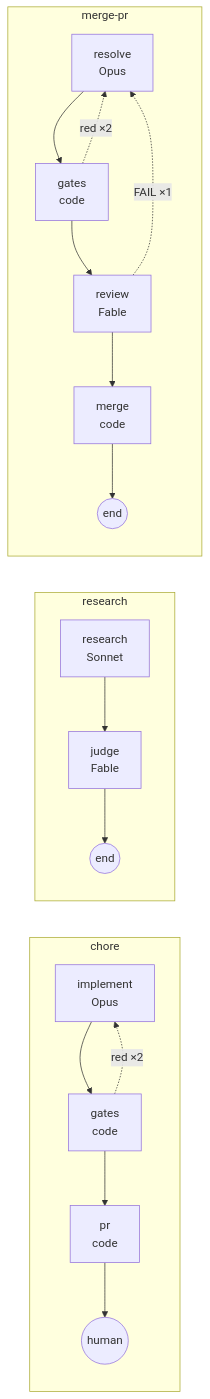
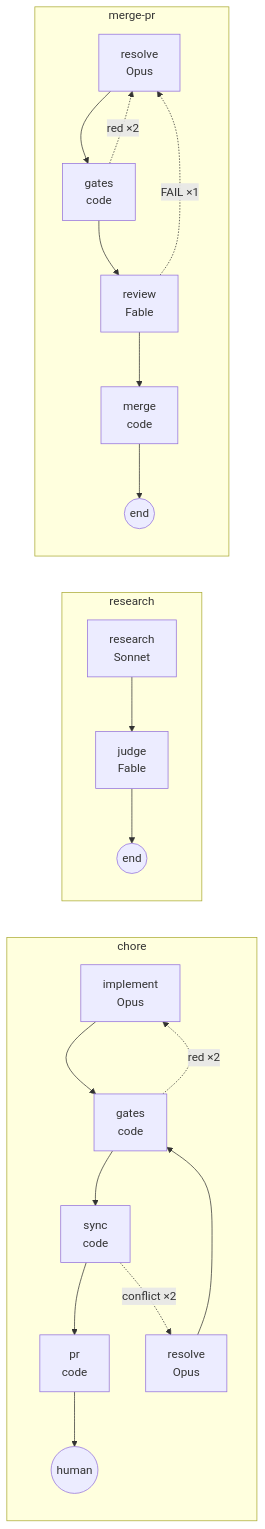
The third of 4 diagrams in website/content/en/guides/workflows.md (akkijp-oss/aifactory), drawn with Mermaid before and after one commit. The commit also changed other lines of this file and 28 other files, not shown here.

````diff
--- a/website/content/en/guides/workflows.md
+++ b/website/content/en/guides/workflows.md
@@ -36,15 +38,16 @@
 ```mermaid
 flowchart LR
   subgraph chore
-    ic[implement<br>Opus] --> gc[gates<br>code] --> pc[pr<br>code] --> hc((human))
+    ic[implement<br>Opus] --> gc[gates<br>code] --> sc[sync<br>code] --> pc[pr<br>code] --> hc((human))
     gc -. red ×2 .-> ic
+    sc -. conflict ×2 .-> rc[resolve<br>Opus] --> gc
   end
   subgraph research
     rr[research<br>Sonnet] --> jj[judge<br>Fable] --> ee((end))
   end
   subgraph merge-pr
     rs[resolve<br>Opus] --> gm[gates<br>code] --> rv[review<br>Fable] --> mg[merge<br>code] --> en((end))
     gm -. red ×2 .-> rs
     rv -. FAIL ×1 .-> rs
   end
 ```
````
